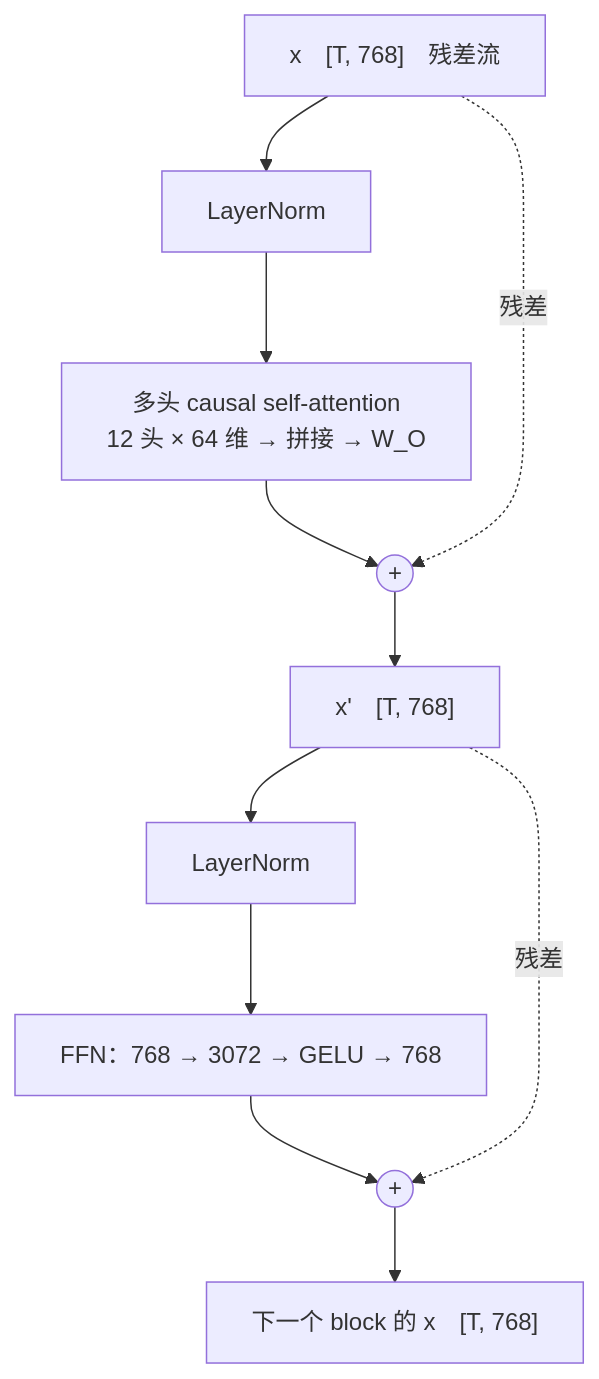
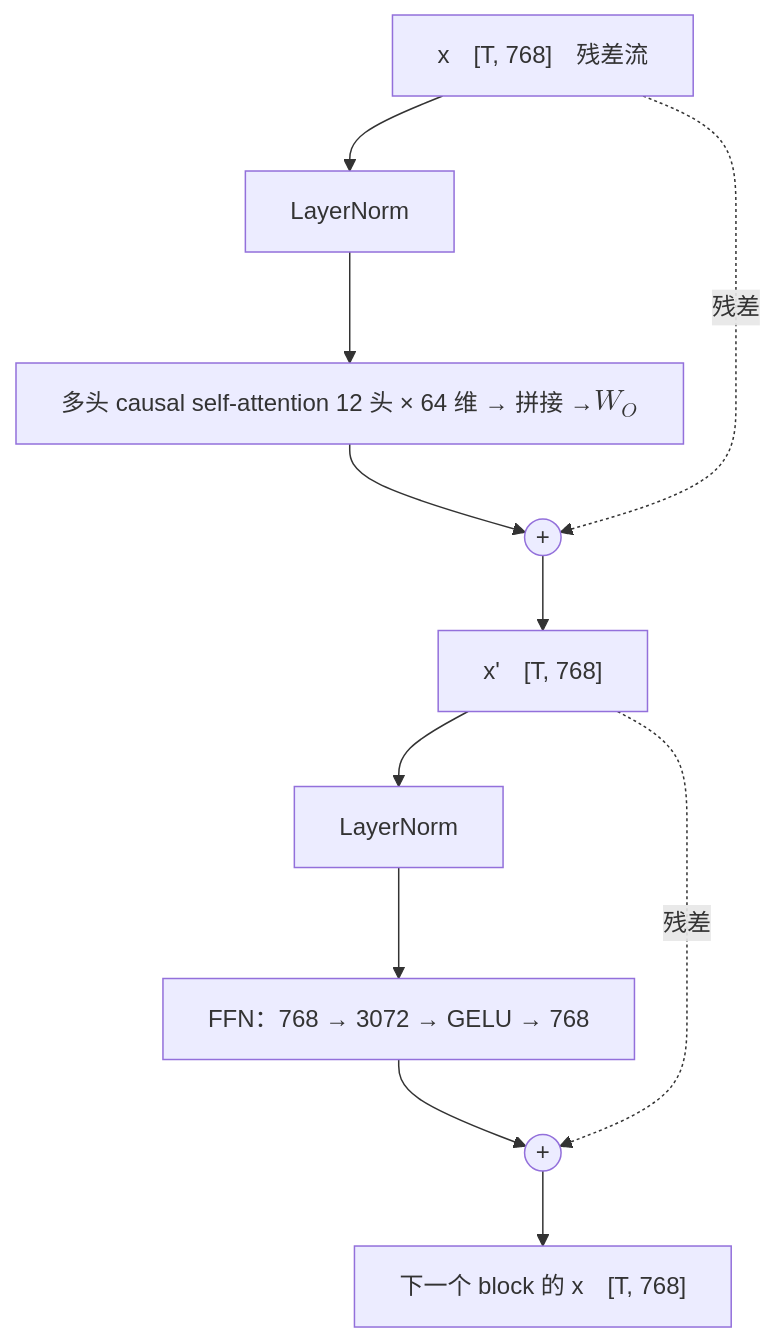
The diagram in _posts/2026-03-30-transformer-architecture-from-a-sentence-to-the-next-token.md (arganzheng/arganzheng.github.com), drawn with Mermaid before and after one commit.

Commit message:
Transformer 原理与实现（01）：Transformer 长什么样——从一句话到下一个 token：Mermaid 伪公式改用 KaTeX
Mermaid 里的伪公式（Unicode 上下标、下划线下标、ᵀ、帽子 / 波浪号、希腊字母变量）改为 $$…$$，按正文的写法排版：
- $$W_O$$

代码名、形状写法、只有 ² 的写法保持原样。

````diff
--- a/_posts/2026-03-30-transformer-architecture-from-a-sentence-to-the-next-token.md
+++ b/_posts/2026-03-30-transformer-architecture-from-a-sentence-to-the-next-token.md
@@ -432,15 +432,15 @@
 ```mermaid
 %%{init: {"flowchart": {"wrappingWidth": 360}}}%%
 %% 图：一个 Transformer block 的数据流：残差流 x 进入，先 LayerNorm → 多头 causal self-attention → 加回 x，再 LayerNorm → FFN（768 → 3072 → GELU → 768）→ 加回 x；两条虚线是残差，输出形状与输入相同
 flowchart TB
     X["x　[T, 768]　残差流"] --> LN1["LayerNorm"]
-    LN1 --> ATT["多头 causal self-attention<br/>12 头 × 64 维 → 拼接 → W_O"]
+    LN1 --> ATT["多头 causal self-attention<br/>12 头 × 64 维 → 拼接 → $$W_O$$"]
     ATT --> ADD1(("+"))
     X -. "残差" .-> ADD1
     ADD1 --> H["x'　[T, 768]"]
     H --> LN2["LayerNorm"]
     LN2 --> FFN["FFN：768 → 3072 → GELU → 768"]
     FFN --> ADD2(("+"))
     H -. "残差" .-> ADD2
     ADD2 --> Y["下一个 block 的 x　[T, 768]"]
 ```
````
